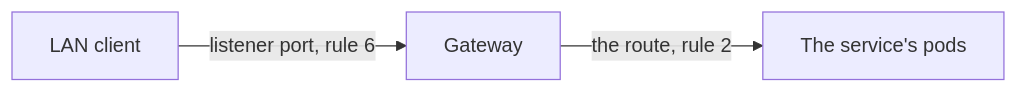
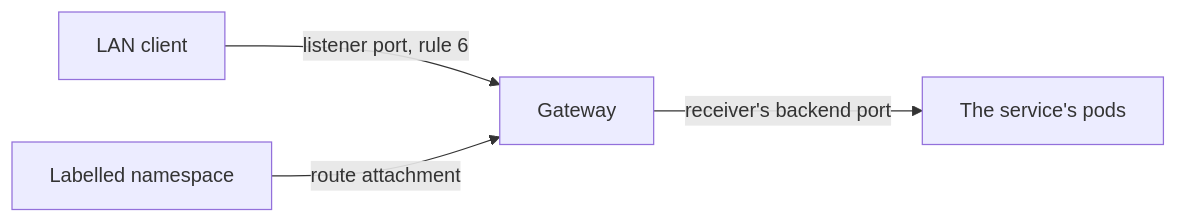
Before and after one commit to DragonBishop/data_science_cluster: the fifth of 5 diagrams in docs/NETWORKPOLICY.md, drawn with Mermaid. The commit also changed other lines of this file and 8 other files, not shown here.

````diff
--- a/docs/NETWORKPOLICY.md
+++ b/docs/NETWORKPOLICY.md
@@ -172,5 +193,6 @@
 ```mermaid
 flowchart LR
   lan[LAN client] -->|"listener port, rule 6"| gw[Gateway]
-  gw -->|"the route, rule 2"| pods[The service's pods]
+  ns[Labelled namespace] -->|route attachment| gw
+  gw -->|"receiver's backend port"| pods[The service's pods]
 ```
````
